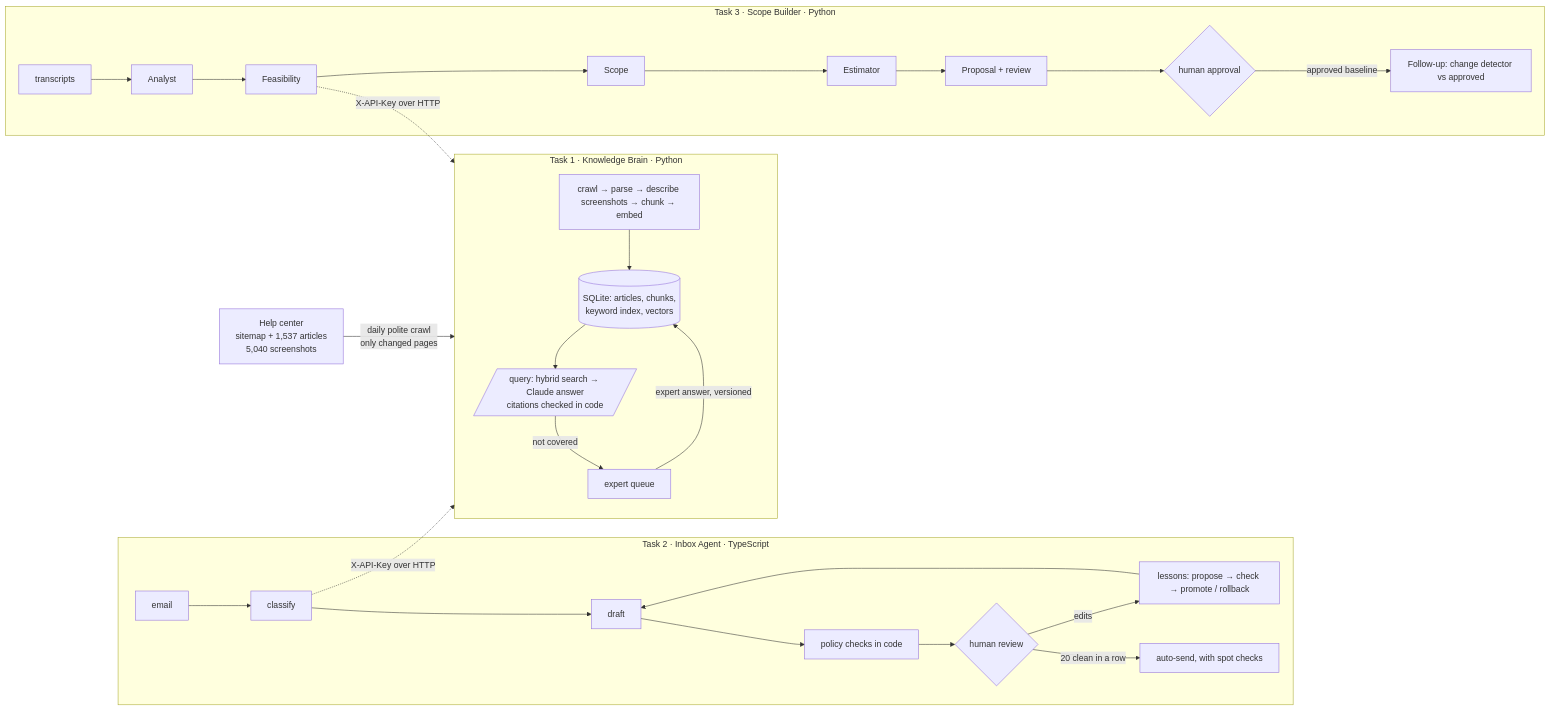
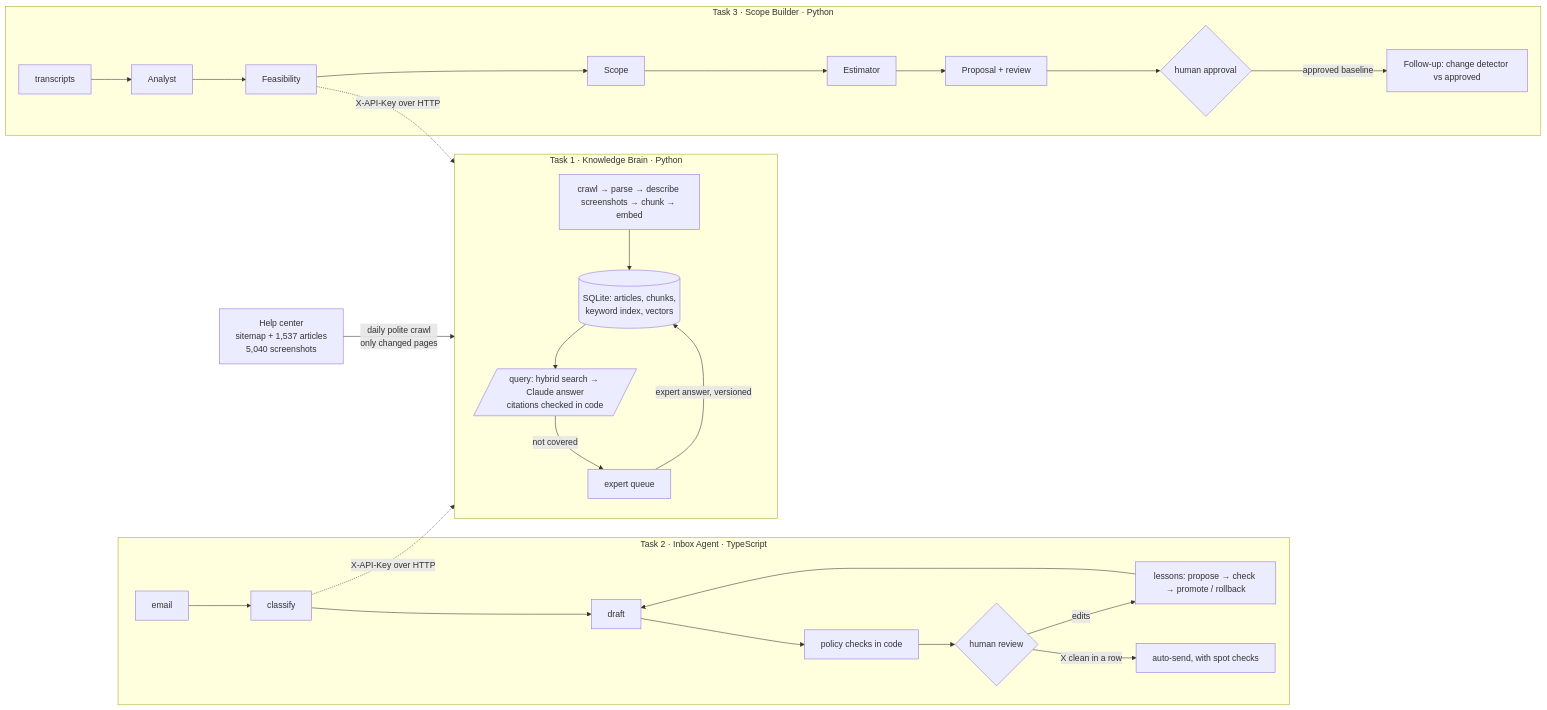
One commit to saipraneethpb1/BL-THA changed the diagram in DESIGN.md. Above: the diagram before and after it, drawn with Mermaid. The commit also changed other lines of this file and 9 other files, not shown here.

First line of the commit message:
Inbox: Gmail-style UI, labels under parent types, auto-send threshold X in settings

````diff
--- a/DESIGN.md
+++ b/DESIGN.md
@@ -15,23 +15,23 @@
 ```mermaid
 flowchart LR
   HC[Help center<br/>sitemap + 1,537 articles<br/>5,040 screenshots] -->|daily polite crawl<br/>only changed pages| KB
   subgraph KB[Task 1 · Knowledge Brain · Python]
     direction TB
     ING[crawl → parse → describe screenshots → chunk → embed] --> IDX[(SQLite: articles, chunks,<br/>keyword index, vectors)]
     IDX --> Q[/query: hybrid search → Claude answer<br/>citations checked in code/]
     Q -->|not covered| ESC[expert queue]
     ESC -->|expert answer, versioned| IDX
   end
   subgraph IA[Task 2 · Inbox Agent · TypeScript]
     E[email] --> C[classify] --> D[draft] --> P[policy checks in code] --> R{human review}
     R -->|edits| L[lessons: propose → check → promote / rollback]
     L --> D
-    R -->|20 clean in a row| A[auto-send, with spot checks]
+    R -->|X clean in a row| A[auto-send, with spot checks]
   end
   subgraph SB[Task 3 · Scope Builder · Python]
     T[transcripts] --> AN[Analyst] --> F[Feasibility] --> S[Scope] --> ES[Estimator] --> PR[Proposal + review] --> H{human approval}
     H -->|approved baseline| CH[Follow-up: change detector vs approved]
   end
   C -. "X-API-Key over HTTP" .-> Q
   F -. "X-API-Key over HTTP" .-> Q
 ```
````
